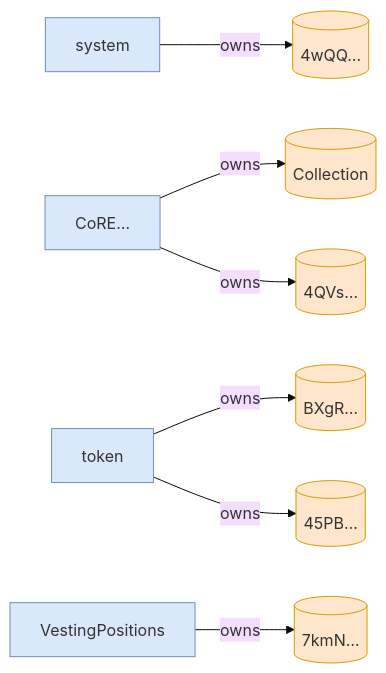
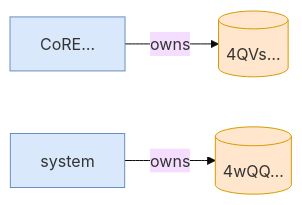
The third of 3 diagrams in babelfish-tests/test-report/fully_claimed_loyalty_badge_is_permanently_frozen.md (cds-turbin3/vesting-position), drawn with Mermaid (base theme) before and after one commit. The commit also changed other lines of this file and 50 other files, not shown here.

````diff
--- a/babelfish-tests/test-report/fully_claimed_loyalty_badge_is_permanently_frozen.md
+++ b/babelfish-tests/test-report/fully_claimed_loyalty_badge_is_permanently_frozen.md
@@ -64,22 +28,12 @@
 ```mermaid
 flowchart LR
+    CoRE["CoRE…"]:::program
+    4QVs[("4QVs…")]:::state
     system["system"]:::program
     4wQQ[("4wQQ…")]:::state
-    CoRE["CoRE…"]:::program
-    Collection[("Collection")]:::state
-    token["token"]:::program
-    BXgR[("BXgR…")]:::state
-    45PB[("45PB…")]:::state
-    4QVs[("4QVs…")]:::state
-    VestingPositions["VestingPositions"]:::program
-    7kmN[("7kmN…")]:::state
+    CoRE -->|owns| 4QVs
     system -->|owns| 4wQQ
-    CoRE -->|owns| Collection
-    token -->|owns| BXgR
-    token -->|owns| 45PB
-    CoRE -->|owns| 4QVs
-    VestingPositions -->|owns| 7kmN
     classDef program fill:#dae8fc,stroke:#6c8ebf;
     classDef signer fill:#d5e8d4,stroke:#82b366;
     classDef state fill:#ffe6cc,stroke:#d79b00;
 ```
````
